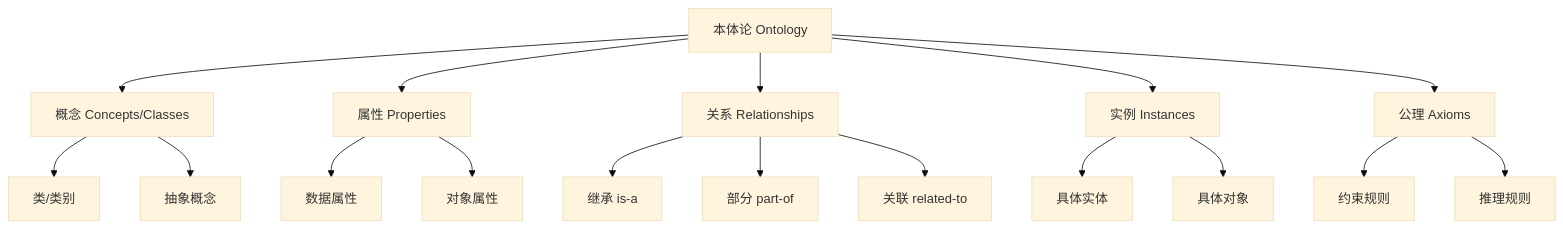
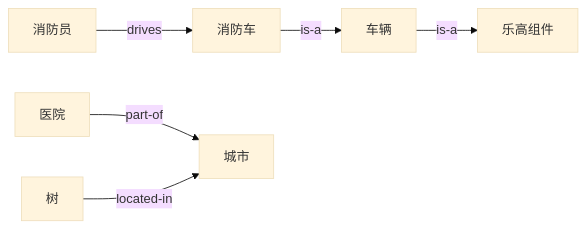
Before and after one commit to Haiyoung/AgentMemoryAtlas: the first of 3 diagrams in ontology/00_本体论入门.md, drawn with Mermaid (base theme). The commit also changed other lines of this file, not shown here.

````diff
--- a/ontology/00_本体论入门.md
+++ b/ontology/00_本体论入门.md
@@ -24,24 +170,8 @@
 ```mermaid
-graph TD
-    A[本体论 Ontology] --> B[概念 Concepts/Classes]
-    A --> C[属性 Properties]
-    A --> D[关系 Relationships]
-    A --> E[实例 Instances]
-    A --> F[公理 Axioms]
-    
-    B --> B1[类/类别]
-    B --> B2[抽象概念]
-    
-    C --> C1[数据属性]
-    C --> C2[对象属性]
-    
-    D --> D1[继承 is-a]
-    D --> D2[部分 part-of]
-    D --> D3[关联 related-to]
-    
-    E --> E1[具体实体]
-    E --> E2[具体对象]
-    
-    F --> F1[约束规则]
-    F --> F2[推理规则]
+graph LR
+    A[消防车] --is-a--> B[车辆]
+    B --is-a--> C[乐高组件]
+    D[消防员] --drives--> A
+    E[医院] --part-of--> F[城市]
+    G[树] --located-in--> F
 ```
````
